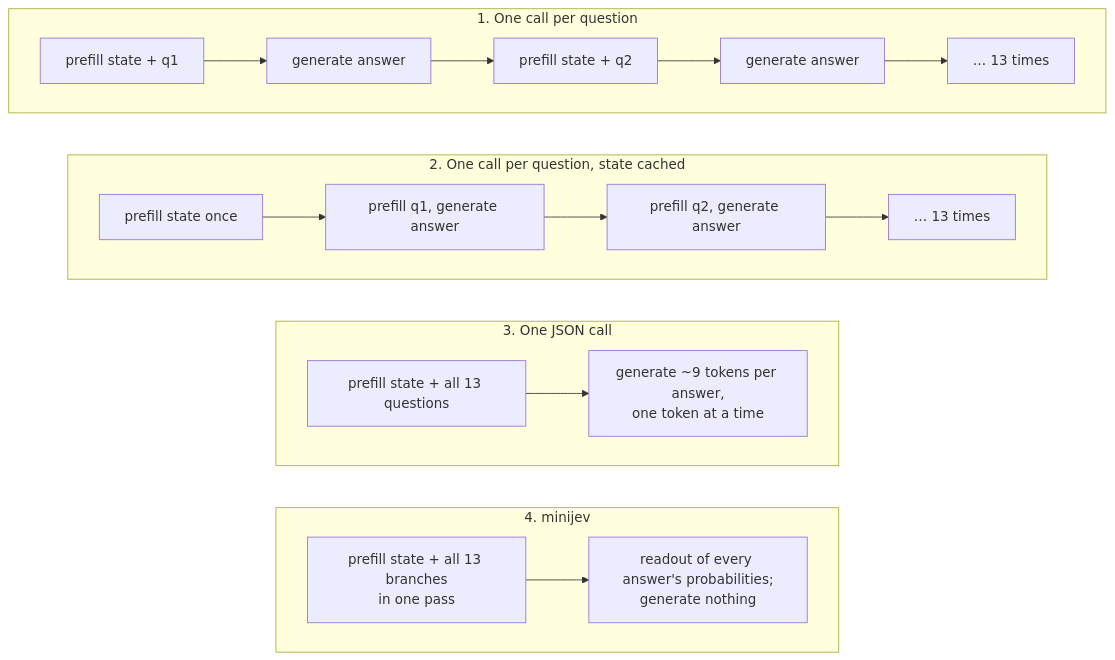
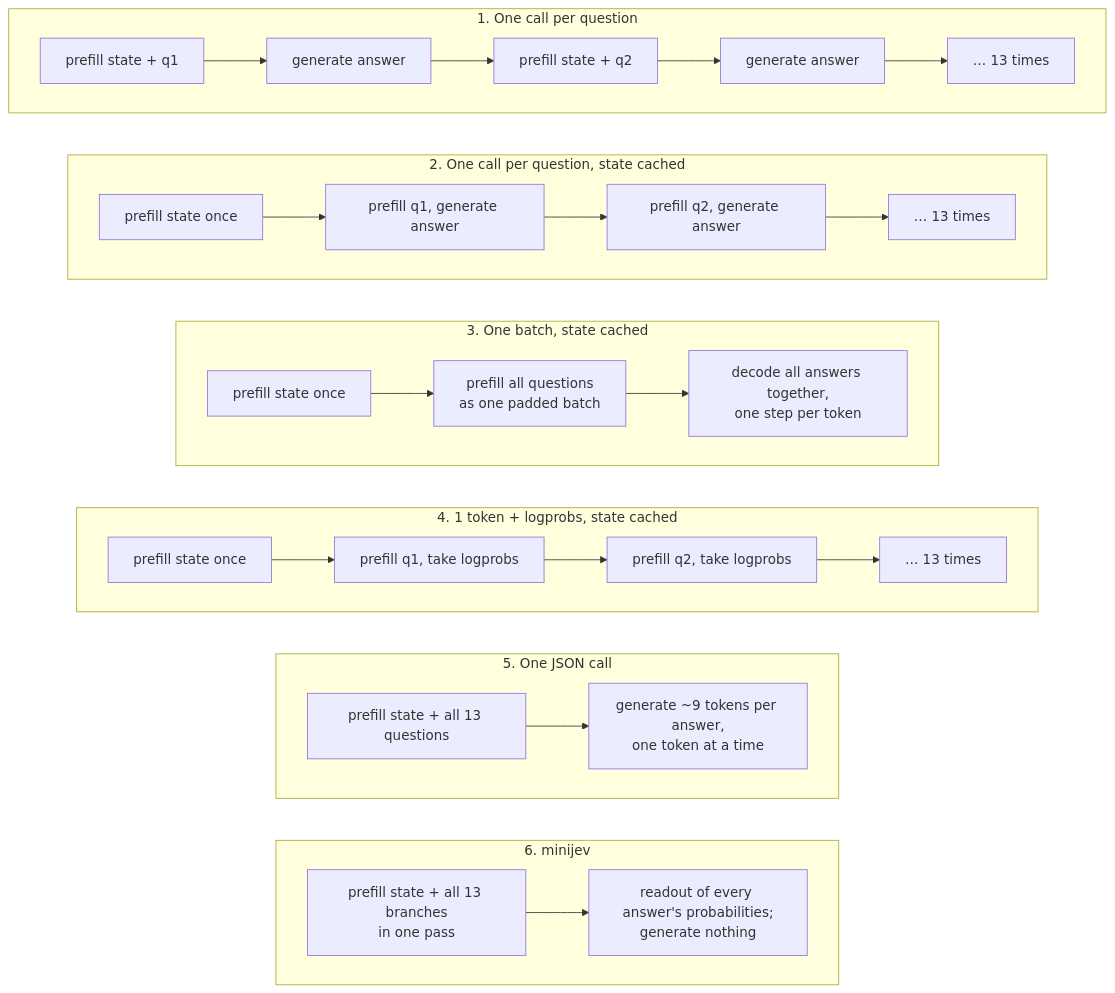
Before and after one commit to Obi-Wan-Clemobi/minijev: diagram 14 of 18 in docs/WALKTHROUGH.md, drawn with Mermaid. The commit also changed other lines of this file and 3 other files, not shown here.

````diff
--- a/docs/WALKTHROUGH.md
+++ b/docs/WALKTHROUGH.md
@@ -430,20 +448,28 @@
 ```mermaid
 flowchart TB
     subgraph m1["1. One call per question"]
         direction LR
         a1["prefill state + q1"] --> a2["generate answer"] --> a3["prefill state + q2"] --> a4["generate answer"] --> a5["… 13 times"]
     end
     subgraph m2["2. One call per question, state cached"]
         direction LR
         b0["prefill state once"] --> b1["prefill q1, generate answer"] --> b2["prefill q2, generate answer"] --> b3["… 13 times"]
     end
-    subgraph m3["3. One JSON call"]
+    subgraph m3["3. One batch, state cached"]
+        direction LR
+        e0["prefill state once"] --> e1["prefill all questions<br/>as one padded batch"] --> e2["decode all answers together,<br/>one step per token"]
+    end
+    subgraph m4["4. 1 token + logprobs, state cached"]
+        direction LR
+        f0["prefill state once"] --> f1["prefill q1, take logprobs"] --> f2["prefill q2, take logprobs"] --> f3["… 13 times"]
+    end
+    subgraph m5["5. One JSON call"]
         direction LR
         c1["prefill state + all 13 questions"] --> c2["generate ~9 tokens per answer,<br/>one token at a time"]
     end
-    subgraph m4["4. minijev"]
+    subgraph m6["6. minijev"]
         direction LR
         d1["prefill state + all 13 branches<br/>in one pass"] --> d2["readout of every answer's probabilities;<br/>generate nothing"]
     end
-    m1 ~~~ m2 ~~~ m3 ~~~ m4
+    m1 ~~~ m2 ~~~ m3 ~~~ m4 ~~~ m5 ~~~ m6
 ```
````
